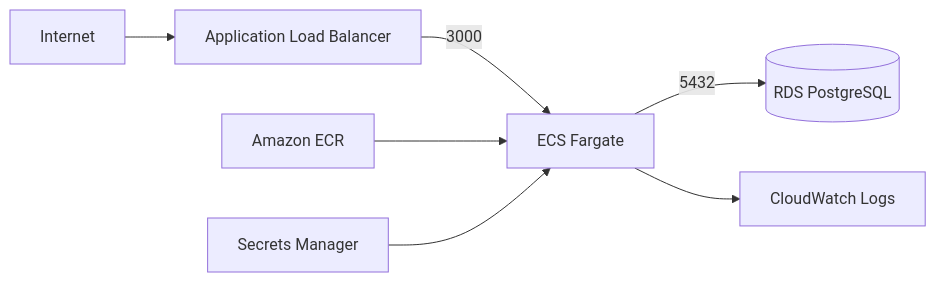
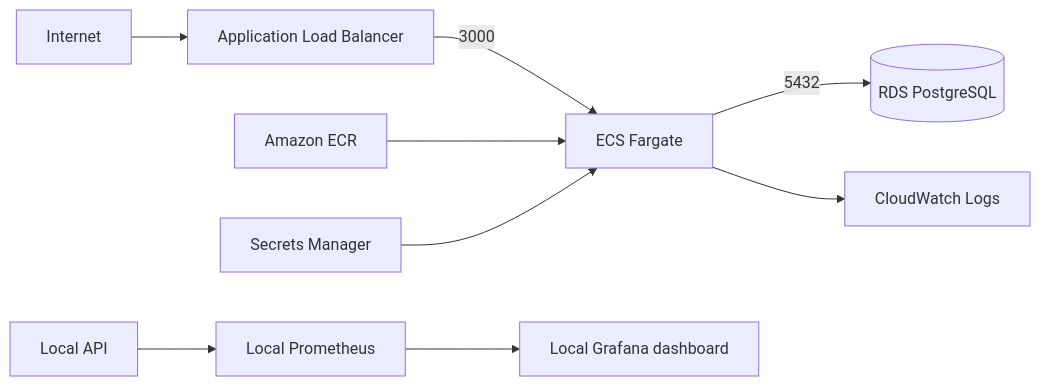
Before and after one commit to debanjo31/nestforge-aws-platform: the first of 2 diagrams in README.md, drawn with Mermaid. The commit also changed other lines of this file and 28 other files, not shown here.

Commit message:
feat: add Grafana and Prometheus integration with observability dashboard

````diff
--- a/README.md
+++ b/README.md
@@ -13,9 +13,11 @@
 ```mermaid
 flowchart LR
     Internet --> ALB[Application Load Balancer]
     ALB -->|3000| ECS[ECS Fargate]
     ECS -->|5432| RDS[(RDS PostgreSQL)]
     ECR[Amazon ECR] --> ECS
     Secrets[Secrets Manager] --> ECS
     ECS --> Logs[CloudWatch Logs]
+    API[Local API] --> Prometheus[Local Prometheus]
+    Prometheus --> Grafana[Local Grafana dashboard]
 ```
````
